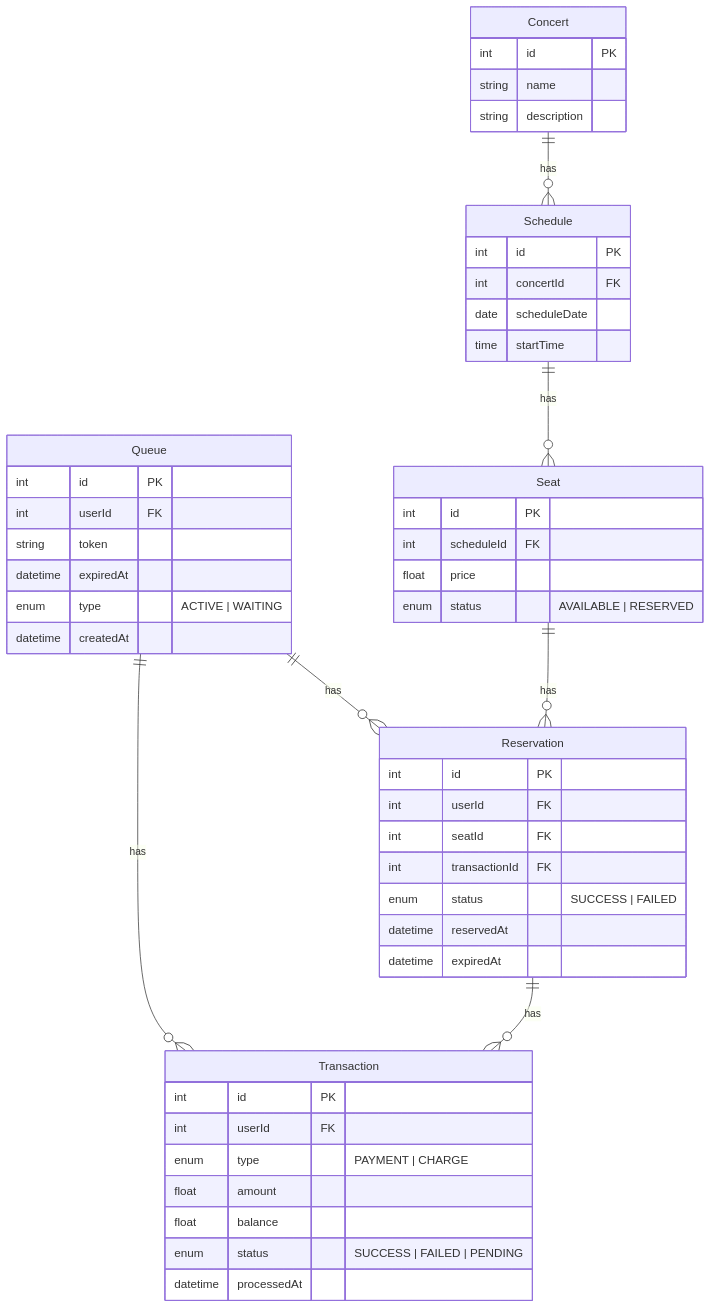
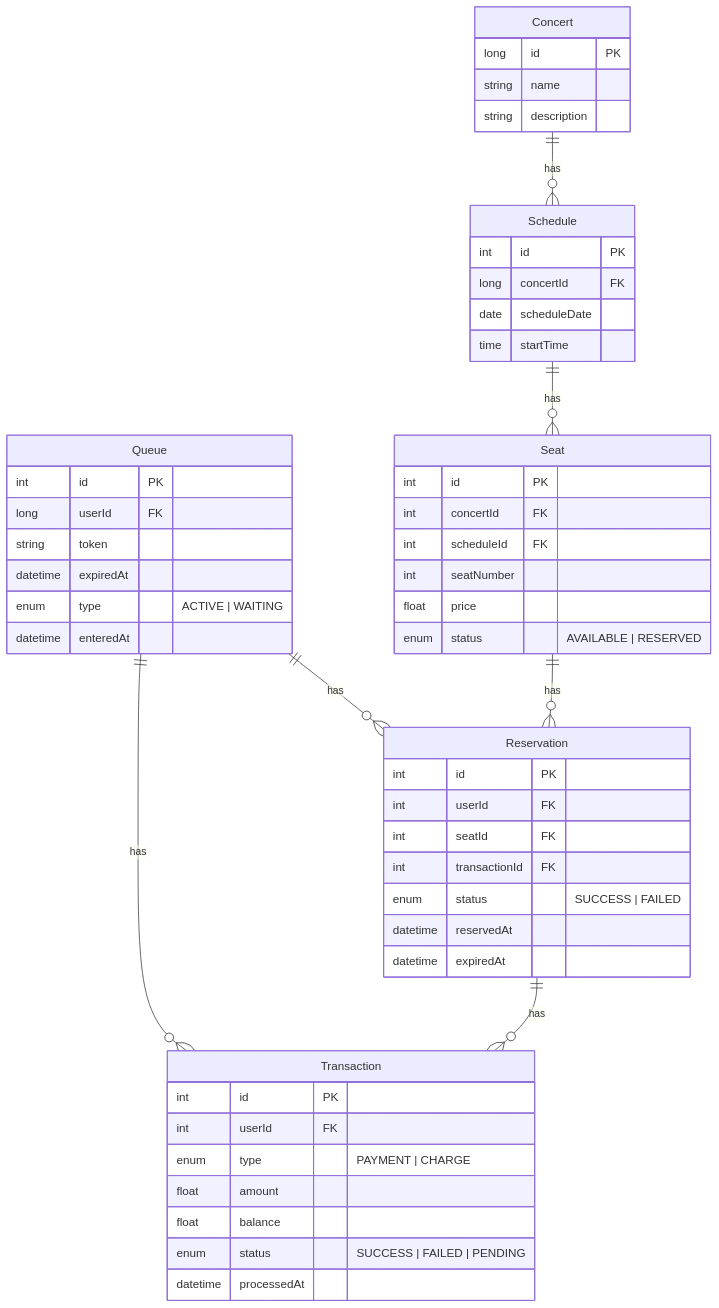
The diagram in docs/ERD.mermaid (dohee789/concert-reservation), drawn with Mermaid before and after one commit. The commit also changed 1 other file, not shown here.

Commit message:
:memo: ERD 수정

```diff
--- a/docs/ERD.mermaid
+++ b/docs/ERD.mermaid
@@ -1,56 +1,58 @@
 erDiagram
     Queue ||--o{ Reservation : has
     Queue ||--o{ Transaction : has
 
     Queue {
         int id PK
-        int userId FK
+        long userId FK
         string token
         datetime expiredAt
         enum type "ACTIVE | WAITING"
-        datetime createdAt
+        datetime enteredAt
     }
 
     Concert ||--o{ Schedule : has
     Concert {
-        int id PK
+        long id PK
         string name
         string description
     }
 
     Schedule ||--o{ Seat : has
     Schedule {
         int id PK
-        int concertId FK
+        long concertId FK
         date scheduleDate
         time startTime
     }
 
     Seat ||--o{ Reservation : has
     Seat {
         int id PK
+        int concertId FK
         int scheduleId FK
+        int seatNumber
         float price
         enum status "AVAILABLE | RESERVED"
     }
 
     Reservation ||--o{ Transaction : has
     Reservation {
         int id PK
         int userId FK
         int seatId FK
         int transactionId FK
         enum status "SUCCESS | FAILED"
         datetime reservedAt
         datetime expiredAt
     }
 
     Transaction {
         int id PK
         int userId FK
         enum type "PAYMENT | CHARGE"
         float amount
         float balance
         enum status "SUCCESS | FAILED | PENDING"
         datetime processedAt
     }
```
